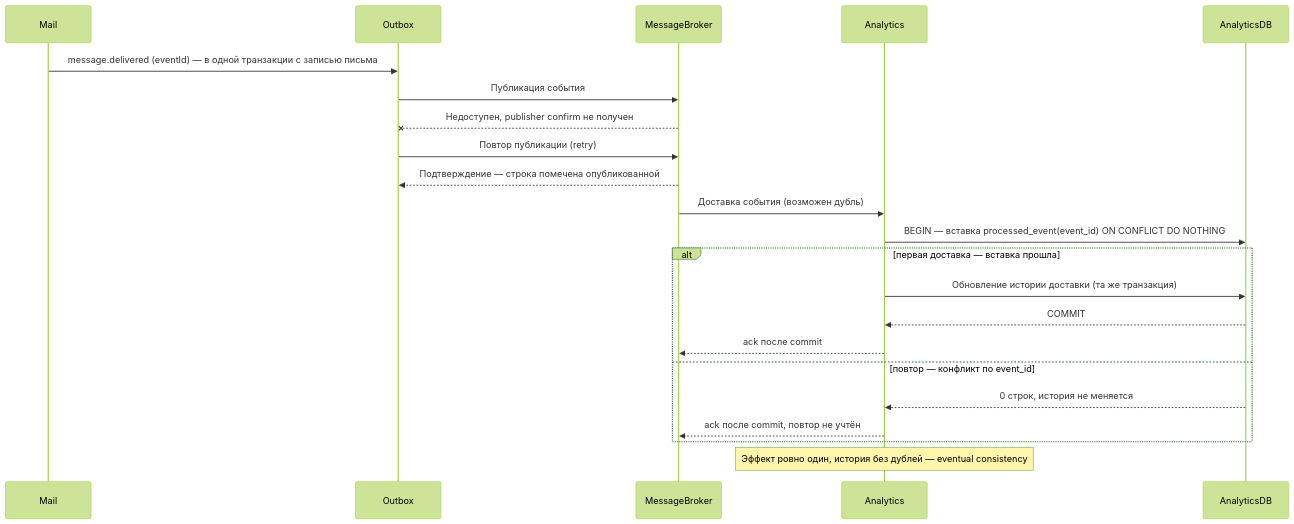
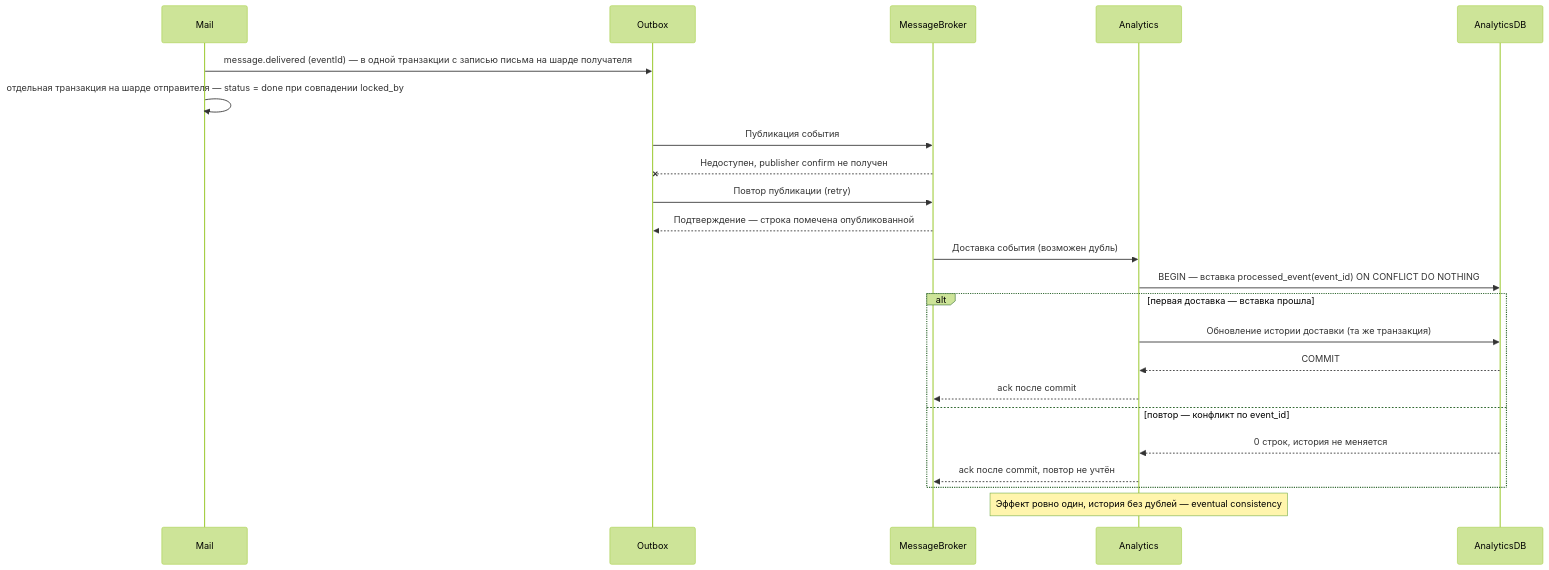
Before and after one commit to spbu-ds-practicum-2026/hydrolytes: the sixth of 6 diagrams in docs/tr.md, drawn with Mermaid (forest theme). The commit also changed other lines of this file, not shown here.

````diff
--- a/docs/tr.md
+++ b/docs/tr.md
@@ -458,25 +499,26 @@
 ```mermaid
 sequenceDiagram
   participant Mail
   participant Outbox
   participant MessageBroker
   participant Analytics
   participant AnalyticsDB
 
-  Mail->>Outbox: message.delivered (eventId) — в одной транзакции с записью письма
+  Mail->>Outbox: message.delivered (eventId) — в одной транзакции с записью письма на шарде получателя
+  Mail->>Mail: отдельная транзакция на шарде отправителя — status = done при совпадении locked_by
   Outbox->>MessageBroker: Публикация события
   MessageBroker--xOutbox: Недоступен, publisher confirm не получен
   Outbox->>MessageBroker: Повтор публикации (retry)
   MessageBroker-->>Outbox: Подтверждение — строка помечена опубликованной
   MessageBroker->>Analytics: Доставка события (возможен дубль)
   Analytics->>AnalyticsDB: BEGIN — вставка processed_event(event_id) ON CONFLICT DO NOTHING
   alt первая доставка — вставка прошла
     Analytics->>AnalyticsDB: Обновление истории доставки (та же транзакция)
     AnalyticsDB-->>Analytics: COMMIT
     Analytics-->>MessageBroker: ack после commit
   else повтор — конфликт по event_id
     AnalyticsDB-->>Analytics: 0 строк, история не меняется
     Analytics-->>MessageBroker: ack после commit, повтор не учтён
   end
   Note over Analytics: Эффект ровно один, история без дублей — eventual consistency
 ```
````
